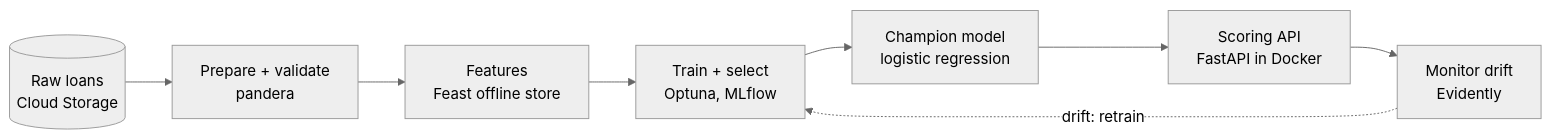
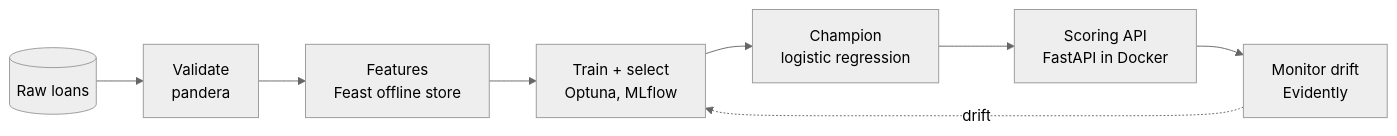
The diagram in docs/index.md (rosvend/MLOps), drawn with Mermaid (neutral theme) before and after one commit. The commit also changed other lines of this file and 25 other files, not shown here.

````diff
--- a/docs/index.md
+++ b/docs/index.md
@@ -13,10 +5,10 @@
 ```mermaid
 flowchart LR
-    raw[("Raw loans<br/>Cloud Storage")] --> prep["Prepare + validate<br/>pandera"]
+    raw[("Raw loans")] --> prep["Validate<br/>pandera"]
     prep --> feat["Features<br/>Feast offline store"]
     feat --> train["Train + select<br/>Optuna, MLflow"]
-    train --> champ["Champion model<br/>logistic regression"]
+    train --> champ["Champion<br/>logistic regression"]
     champ --> api["Scoring API<br/>FastAPI in Docker"]
     api --> mon["Monitor drift<br/>Evidently"]
-    mon -. "drift: retrain" .-> train
+    mon -. "drift" .-> train
 ```
````
